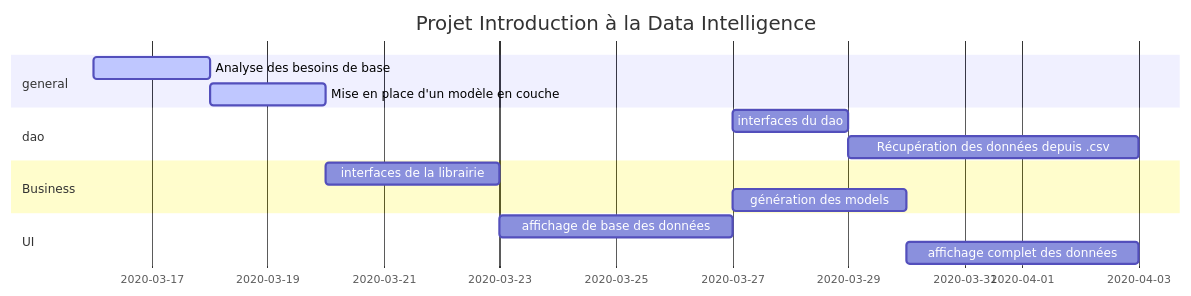
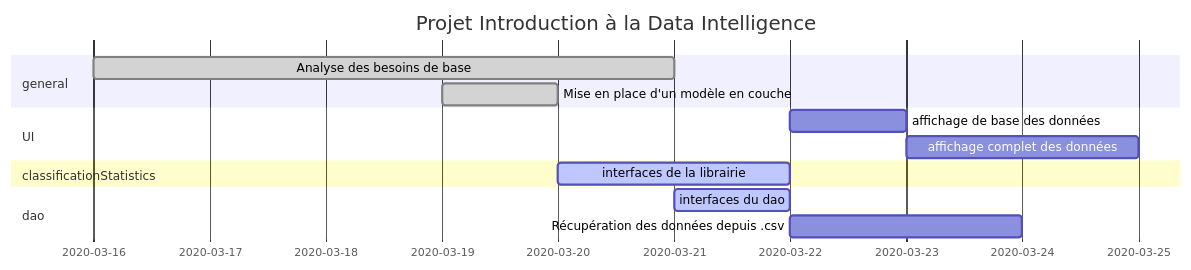
Before and after one commit to Twan0u/Henallux_notes: the first of 3 diagrams in TND/notes/Projet.md, drawn with Mermaid. The commit also changed other lines of this file and 10 other files, not shown here.

````diff
--- a/TND/notes/Projet.md
+++ b/TND/notes/Projet.md
@@ -31,18 +25,23 @@
 ```mermaid
 gantt
+
 dateFormat  DD-MM-YY
 title Projet Introduction à la Data Intelligence
 
 section general
-	Analyse des besoins de base   			:active,  g1, 16-03-20,18-03-20
-	Mise en place d'un modèle en couche		:active,  g2, after g1, 2d
+	Analyse des besoins de base   			:done,  g1, 16-03-20,21-03-20
+	Mise en place d'un modèle en couche		:done,  g2, 19-03-20,20-03-20
+	
+section UI
+    affichage de base des données			:  ui1, after bi1, 1d
+    affichage complet des données			:  ui2, after ui1, 2d
+    
+section classificationStatistics
+	interfaces de la librairie				:active,  bi1, 20-03-20,22-03-20
+
+	
 section dao
-    interfaces du dao      					:  dao3, after des2, 2d
-    Récupération des données depuis .csv	:  dao4, after dao3, 5d
-section Business
-	interfaces de la librairie				:  bi1, after g2, 3d
-	génération des models					:  bi2, after ui1, 3d
-section UI
-    affichage de base des données			:  ui1, after bi1, 4d
-    affichage complet des données			:  ui2, after bi2, 4d
+    interfaces du dao      					:active,  dao1, after g1, 1d
+    Récupération des données depuis .csv	: dao2, after dao1, 2d
+
 ```
````
